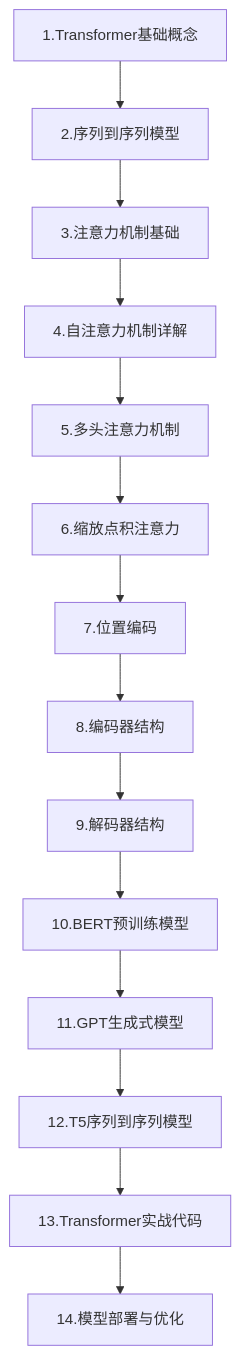
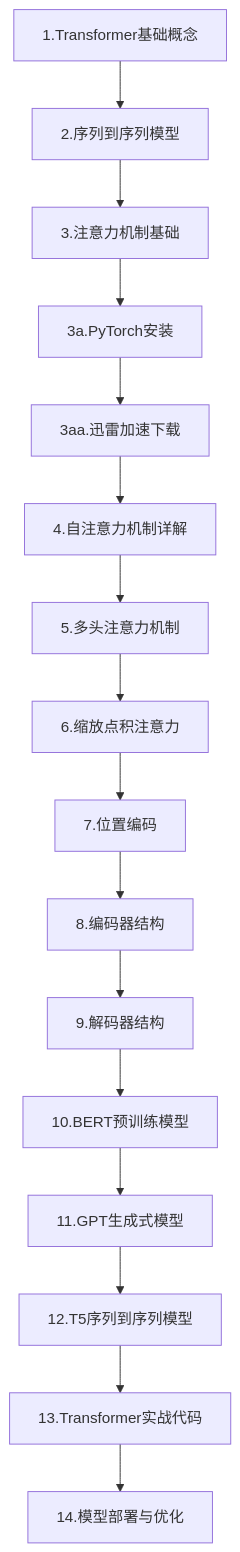
The diagram in 一起学Transformer/00-Transformer技术专栏链接目录.md (Zheng-Enci/Knoweledges), drawn with Mermaid before and after one commit. The commit also changed other lines of this file, not shown here.

Commit message:
添加03a和03aa文档链接到目录

````diff
--- a/一起学Transformer/00-Transformer技术专栏链接目录.md
+++ b/一起学Transformer/00-Transformer技术专栏链接目录.md
@@ -17,16 +17,18 @@
 ```mermaid
 flowchart TD
     A[1.Transformer基础概念] --> B[2.序列到序列模型]
     B --> C[3.注意力机制基础]
-    C --> D[4.自注意力机制详解]
-    D --> E[5.多头注意力机制]
-    E --> F[6.缩放点积注意力]
-    F --> G[7.位置编码]
-    G --> H[8.编码器结构]
-    H --> I[9.解码器结构]
-    I --> J[10.BERT预训练模型]
-    J --> K[11.GPT生成式模型]
-    K --> L[12.T5序列到序列模型]
-    L --> M[13.Transformer实战代码]
-    M --> N[14.模型部署与优化]
+    C --> D[3a.PyTorch安装]
+    D --> E[3aa.迅雷加速下载]
+    E --> F[4.自注意力机制详解]
+    F --> G[5.多头注意力机制]
+    G --> H[6.缩放点积注意力]
+    H --> I[7.位置编码]
+    I --> J[8.编码器结构]
+    J --> K[9.解码器结构]
+    K --> L[10.BERT预训练模型]
+    L --> M[11.GPT生成式模型]
+    M --> N[12.T5序列到序列模型]
+    N --> O[13.Transformer实战代码]
+    O --> P[14.模型部署与优化]
 ```
````
